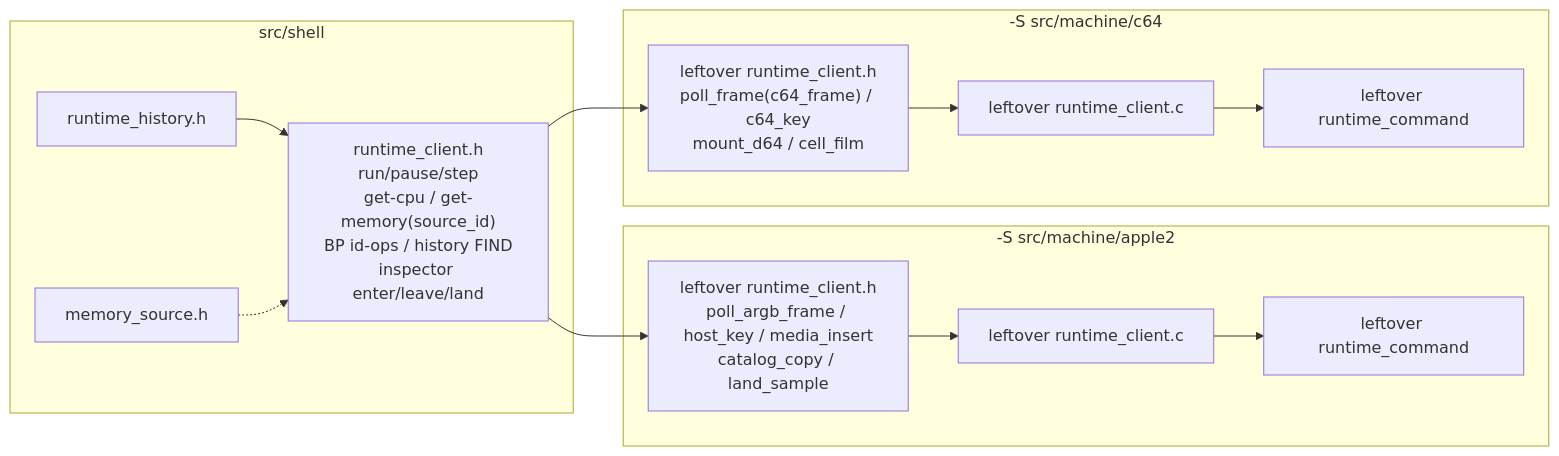
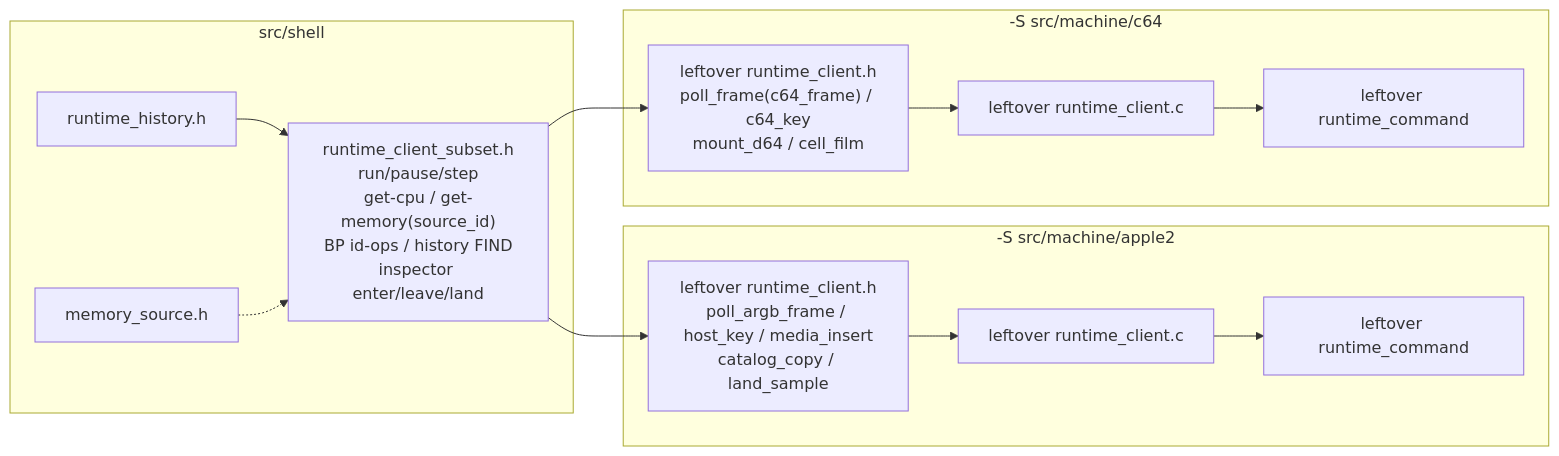
One commit to StewBC/machines changed the diagram in design/runtime-client-seam.md. Above: the diagram before and after it, drawn with Mermaid. The commit also changed other lines of this file and 16 other files, not shown here.

First line of the commit message:
extract: src/shell runtime_client subset

````diff
--- a/design/runtime-client-seam.md
+++ b/design/runtime-client-seam.md
@@ -121,26 +121,26 @@
 ```mermaid
 flowchart LR
   subgraph shell["src/shell"]
-    Subset["runtime_client.h\nrun/pause/step\nget-cpu / get-memory(source_id)\nBP id-ops / history FIND\ninspector enter/leave/land"]
+    Subset["runtime_client_subset.h\nrun/pause/step\nget-cpu / get-memory(source_id)\nBP id-ops / history FIND\ninspector enter/leave/land"]
     Hist["runtime_history.h"]
     Mem["memory_source.h"]
   end
   subgraph leftoverA["-S src/machine/apple2"]
     A2H["leftover runtime_client.h\npoll_argb_frame / host_key / media_insert\ncatalog_copy / land_sample"]
     A2C["leftover runtime_client.c"]
     A2Cmd["leftover runtime_command"]
   end
   subgraph leftoverC["-S src/machine/c64"]
     C64H["leftover runtime_client.h\npoll_frame(c64_frame) / c64_key\nmount_d64 / cell_film"]
     C64C["leftover runtime_client.c"]
     C64Cmd["leftover runtime_command"]
   end
   Hist --> Subset
   Subset --> A2H
   Subset --> C64H
   A2H --> A2C
   C64H --> C64C
   A2C --> A2Cmd
   C64C --> C64Cmd
   Mem -.-> Subset
 ```
````
